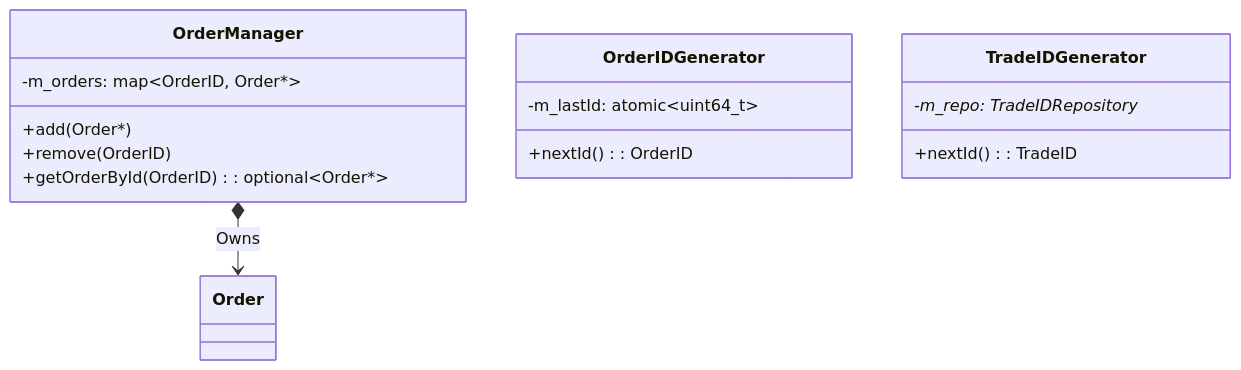
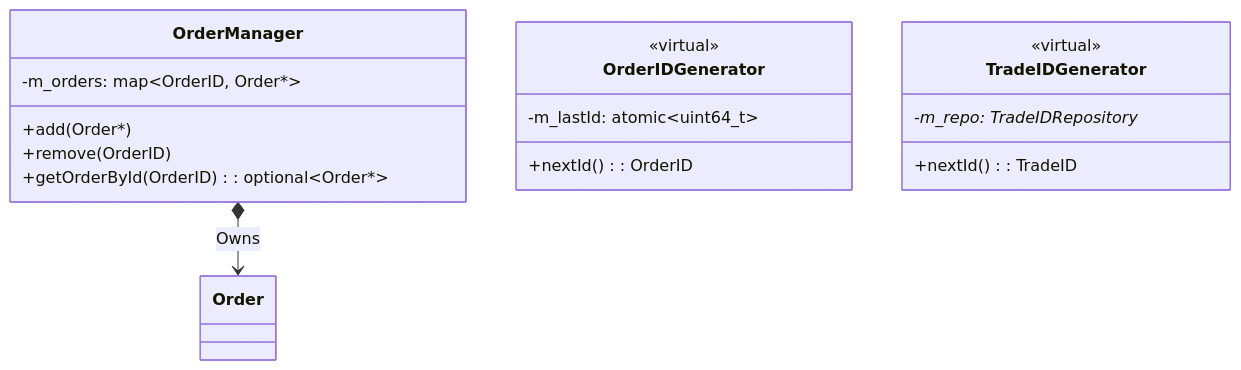
Before and after one commit to SujalChoudhari/BetaTrader: the second of 2 diagrams in exchange/exchange_state/README.md, drawn with Mermaid. The commit also changed 7 other files, not shown here.

````diff
--- a/exchange/exchange_state/README.md
+++ b/exchange/exchange_state/README.md
@@ -30,21 +30,23 @@
 ```mermaid
 classDiagram
     class OrderManager {
         +add(Order*)
         +remove(OrderID)
         +getOrderById(OrderID) : optional~Order*~
         -m_orders: map~OrderID, Order*~
     }
 
     class OrderIDGenerator {
+        <<virtual>>
         +nextId() : OrderID
         -m_lastId: atomic~uint64_t~
     }
 
     class TradeIDGenerator {
+        <<virtual>>
         +nextId() : TradeID
         -m_repo: TradeIDRepository*
     }
 
     OrderManager *--> Order : Owns
 ```
````
